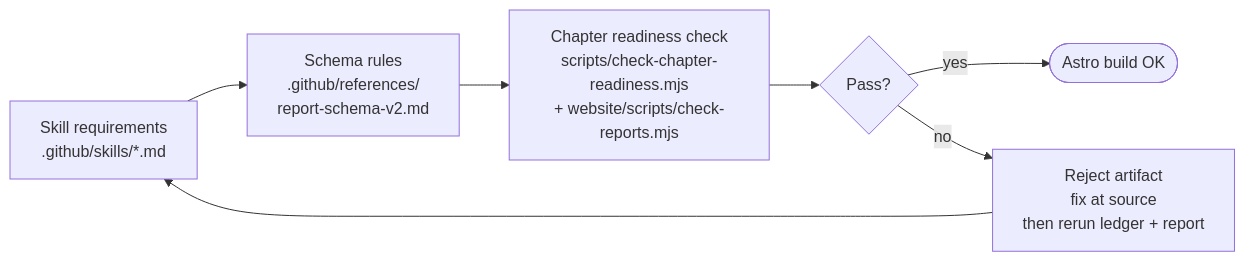
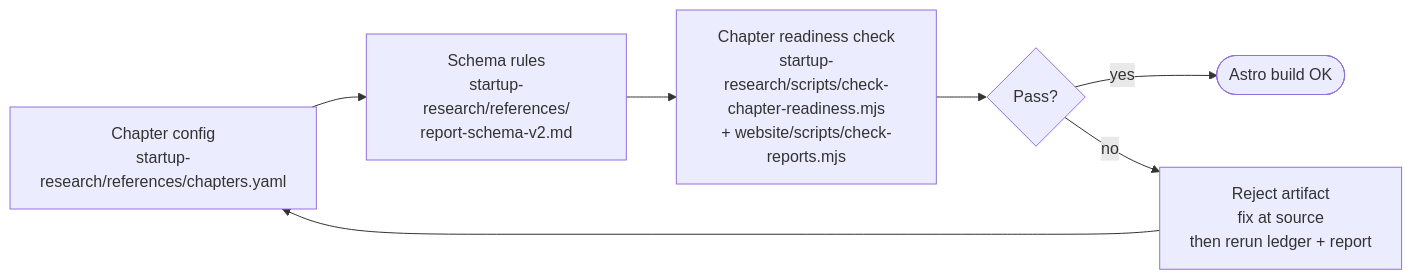
Before and after one commit to huangyingting/startup: the third of 3 diagrams in README.md, drawn with Mermaid. The commit also changed other lines of this file and 34 other files, not shown here.

First line of the commit message:
Add YAML rules and scripts for report generation and validation

````diff
--- a/README.md
+++ b/README.md
@@ -87,9 +87,9 @@
 ```mermaid
 flowchart LR
-  A[Skill requirements<br/>.github/skills/*.md] --> B[Schema rules<br/>.github/references/<br/>report-schema-v2.md]
-  B --> C[Chapter readiness check<br/>scripts/check-chapter-readiness.mjs<br/>+ website/scripts/check-reports.mjs]
+  A[Chapter config<br/>startup-research/references/chapters.yaml] --> B[Schema rules<br/>startup-research/references/<br/>report-schema-v2.md]
+  B --> C[Chapter readiness check<br/>startup-research/scripts/check-chapter-readiness.mjs<br/>+ website/scripts/check-reports.mjs]
   C --> D{Pass?}
   D -- yes --> Ship([Astro build OK])
   D -- no --> Fix[Reject artifact<br/>fix at source<br/>then rerun ledger + report]
   Fix --> A
 ```
````
